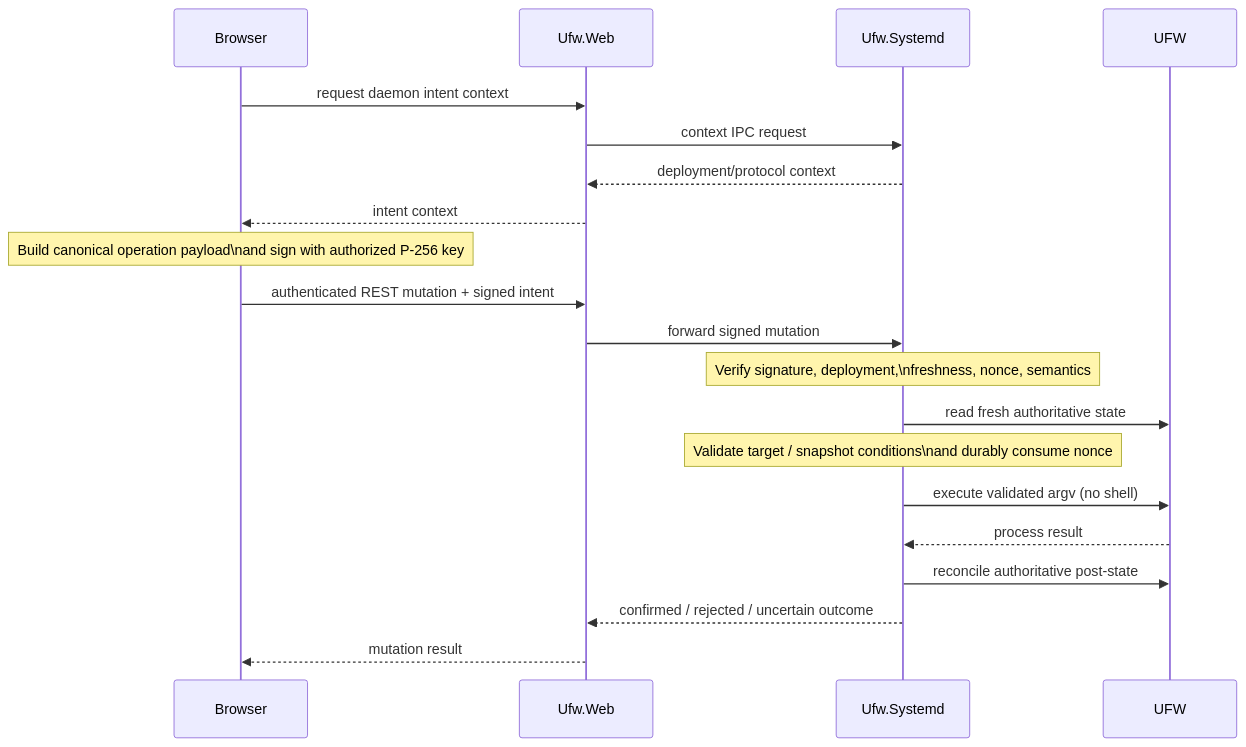
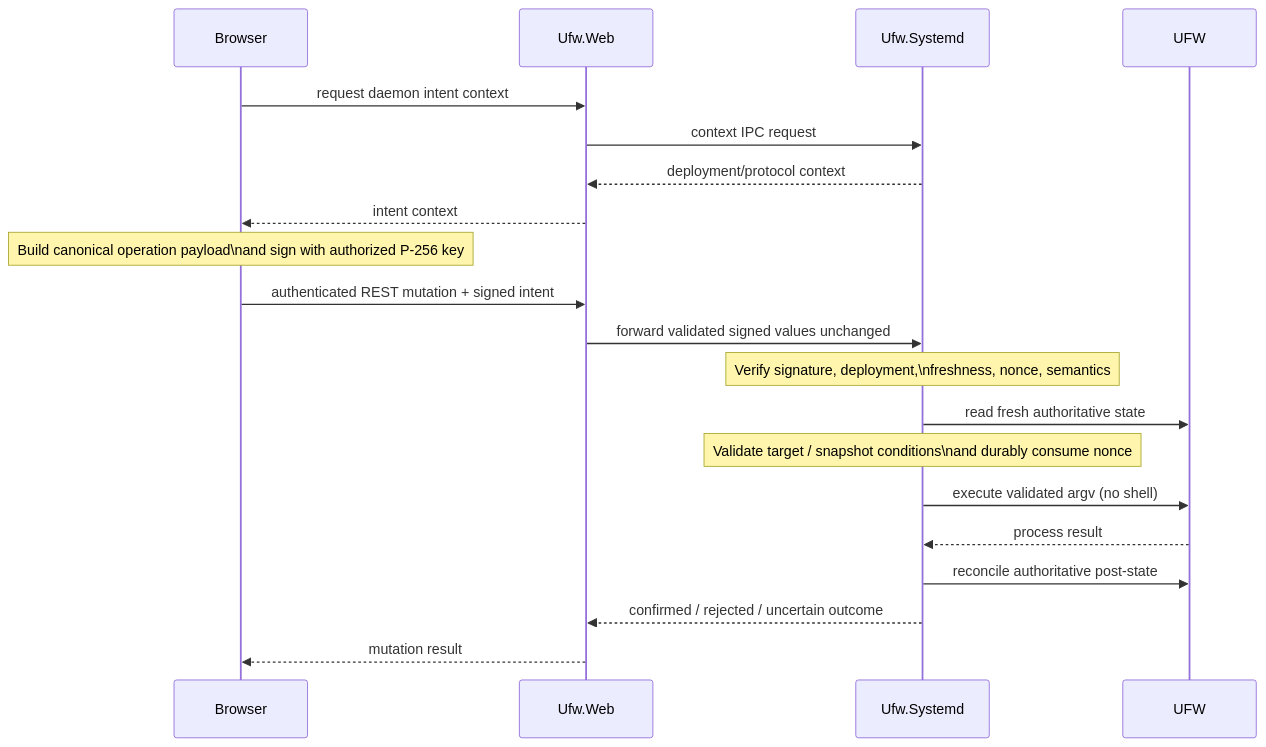
The third of 3 diagrams in docs/architecture/architecture-overview.md (frederik-hoeft/ufw-webui), drawn with Mermaid before and after one commit. The commit also changed other lines of this file and 27 other files, not shown here.

````diff
--- a/docs/architecture/architecture-overview.md
+++ b/docs/architecture/architecture-overview.md
@@ -131,23 +131,23 @@
 ```mermaid
 sequenceDiagram
     participant B as Browser
     participant W as Ufw.Web
     participant D as Ufw.Systemd
     participant U as UFW
 
     B->>W: request daemon intent context
     W->>D: context IPC request
     D-->>W: deployment/protocol context
     W-->>B: intent context
     Note over B: Build canonical operation payload\nand sign with authorized P-256 key
     B->>W: authenticated REST mutation + signed intent
-    W->>D: forward signed mutation
+    W->>D: forward validated signed values unchanged
     Note over D: Verify signature, deployment,\nfreshness, nonce, semantics
     D->>U: read fresh authoritative state
     Note over D: Validate target / snapshot conditions\nand durably consume nonce
     D->>U: execute validated argv (no shell)
     U-->>D: process result
     D->>U: reconcile authoritative post-state
     D-->>W: confirmed / rejected / uncertain outcome
     W-->>B: mutation result
 ```
````
